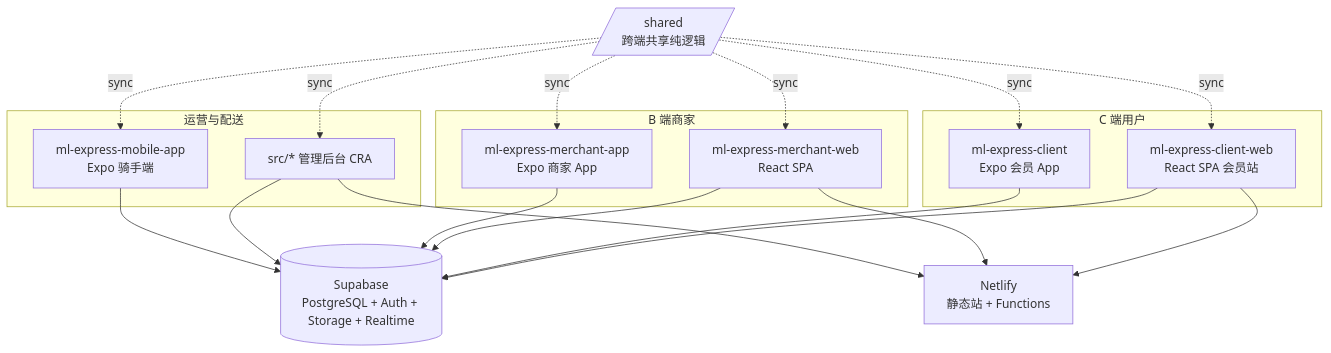
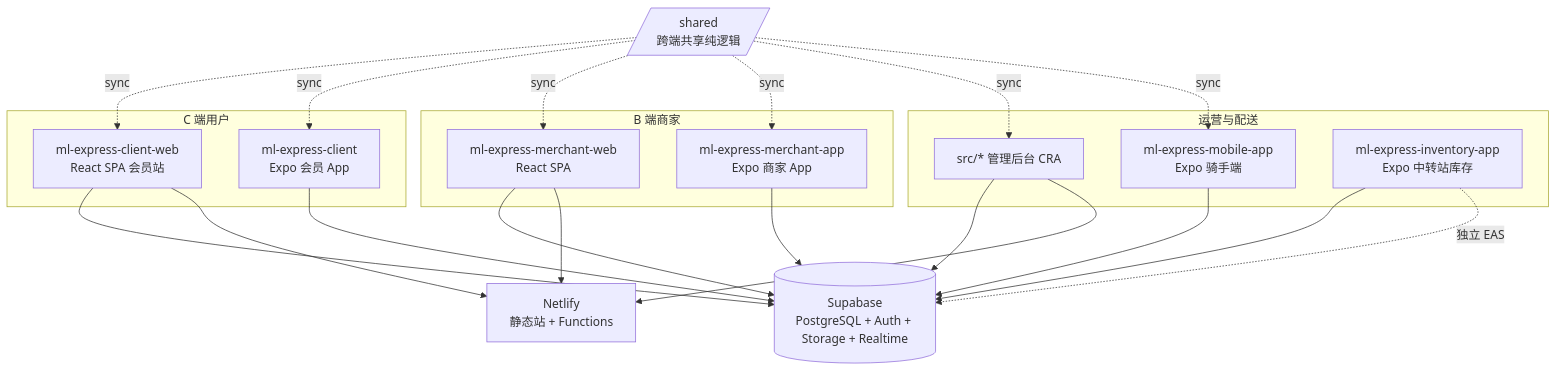
The first of 2 diagrams in AI_GUIDE.md (huangdelun16-lgtm/ml-express), drawn with Mermaid before and after one commit. The commit also changed other lines of this file and 29 other files, not shown here.

First line of the commit message:
fix(inventory-app): P4 auth, cloud sync hardening, and finance transport ledger

````diff
--- a/AI_GUIDE.md
+++ b/AI_GUIDE.md
@@ -11,33 +31,36 @@
 ```mermaid
 flowchart TB
   subgraph clients [C 端用户]
     CW[ml-express-client-web\nReact SPA 会员站]
     CA[ml-express-client\nExpo 会员 App]
   end
   subgraph merchants [B 端商家]
     MW[ml-express-merchant-web\nReact SPA]
     MA[ml-express-merchant-app\nExpo 商家 App]
   end
   subgraph ops [运营与配送]
     ADM[src/* 管理后台 CRA]
     RIDER[ml-express-mobile-app\nExpo 骑手端]
+    INV[ml-express-inventory-app\nExpo 中转站库存]
   end
   SH[/shared\n跨端共享纯逻辑/]
   SB[(Supabase\nPostgreSQL + Auth + Storage + Realtime)]
   NF[Netlify\n静态站 + Functions]
   CW --> SB
   CA --> SB
   MW --> SB
   MA --> SB
   ADM --> SB
   RIDER --> SB
+  INV --> SB
   SH -. sync .-> CW
   SH -. sync .-> CA
   SH -. sync .-> MW
   SH -. sync .-> MA
   SH -. sync .-> ADM
   SH -. sync .-> RIDER
   CW --> NF
   MW --> NF
   ADM --> NF
+  INV -. 独立 EAS .-> SB
 ```
````
